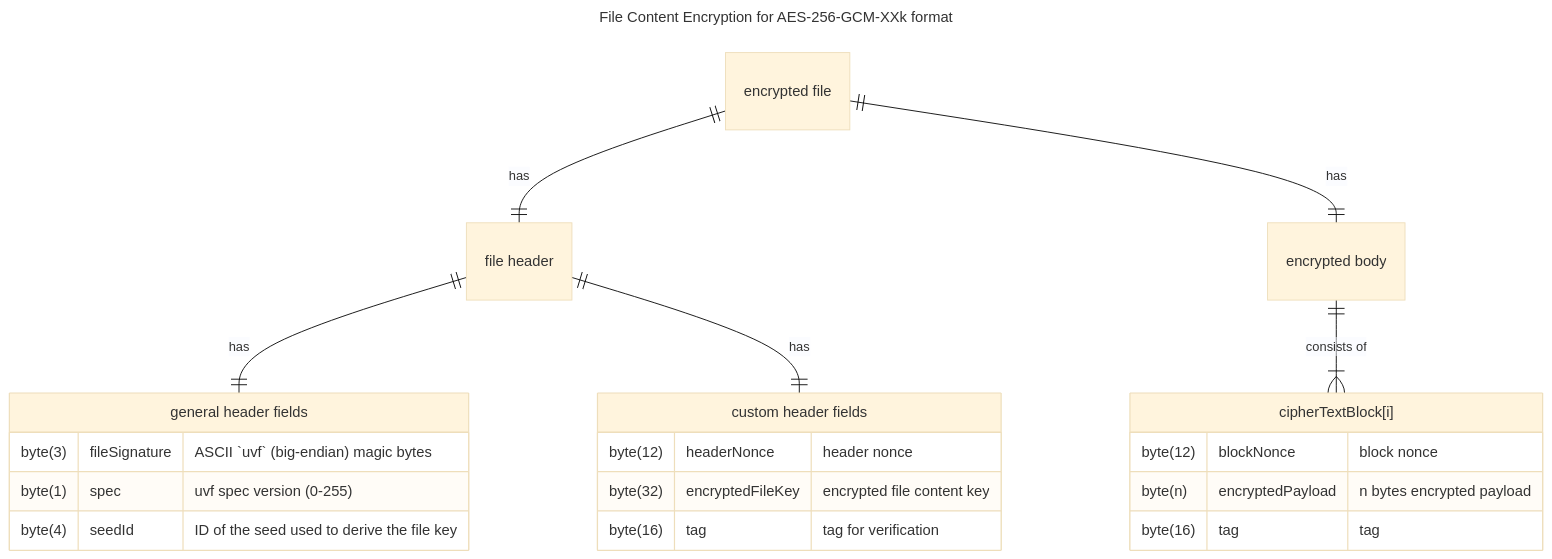
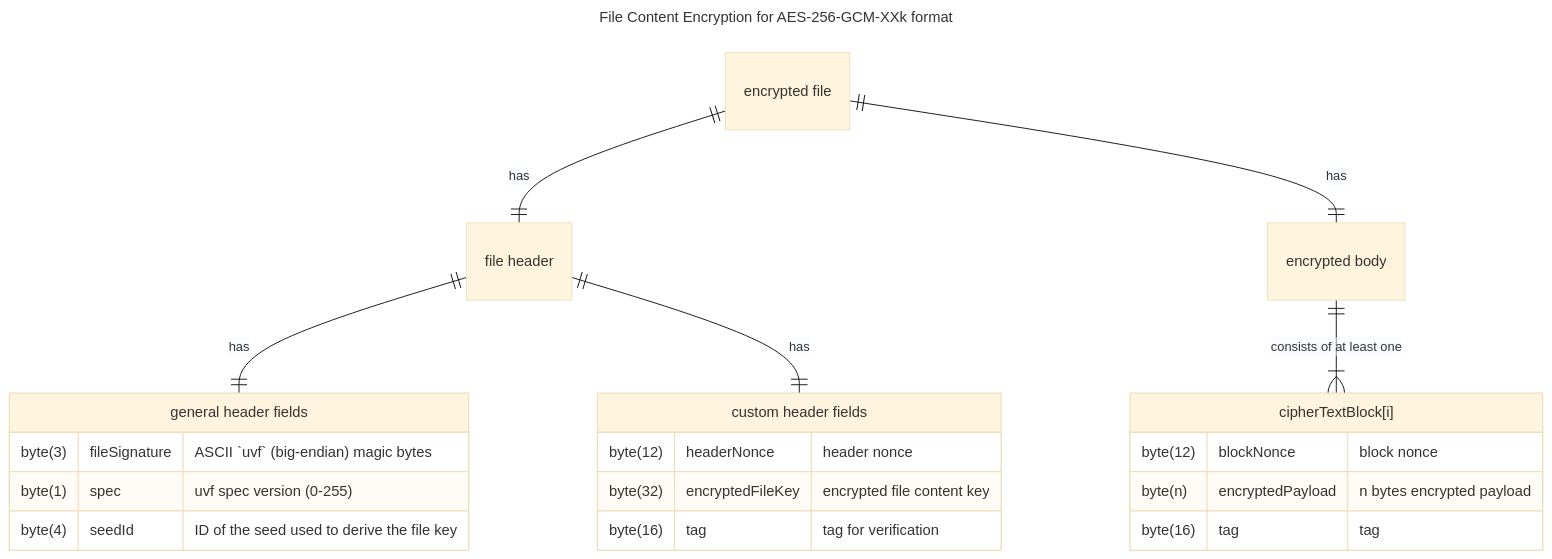
One commit to encryption-alliance/unified-vault-format changed the second of 2 diagrams in file content encryption/AES-256-GCM.md. Above: the diagram before and after it, drawn with Mermaid (base theme). The commit also changed other lines of this file and 1 other file, not shown here.

````diff
--- a/file content encryption/AES-256-GCM.md
+++ b/file content encryption/AES-256-GCM.md
@@ -66,34 +70,34 @@
 ```mermaid
 ---
 title: File Content Encryption for AES-256-GCM-XXk format
 ---
 erDiagram
     FILE["encrypted file"]
     FILE_HEADER["file header"]
     FILE_BODY["encrypted body"]
     FILE ||--|| FILE_HEADER: has
     FILE ||--|| FILE_BODY: has
 
     FILE_HEADER ||--|| GENERALHEADERFIELDS: has
     FILE_HEADER ||--|| CUSTOMHEADERFIELDS: has
 
-    FILE_BODY ||--|{ CIPHERTEXTBLOCK: "consists of"
+    FILE_BODY ||--|{ CIPHERTEXTBLOCK: "consists of at least one"
 
     GENERALHEADERFIELDS["general header fields"] {
         byte(3) fileSignature "ASCII `uvf` (big-endian) magic bytes"
         byte(1) spec "uvf spec version (0-255)"
         byte(4) seedId "ID of the seed used to derive the file key"
     }
 
     CUSTOMHEADERFIELDS["custom header fields"] {
         byte(12) headerNonce "header nonce"
         byte(32) encryptedFileKey "encrypted file content key"
         byte(16) tag "tag for verification"
     }
 
     CIPHERTEXTBLOCK["cipherTextBlock[i]"] {
         byte(12) blockNonce "block nonce"
         byte(n) encryptedPayload "n bytes encrypted payload"
         byte(16) tag "tag"
     }
 ```
````
